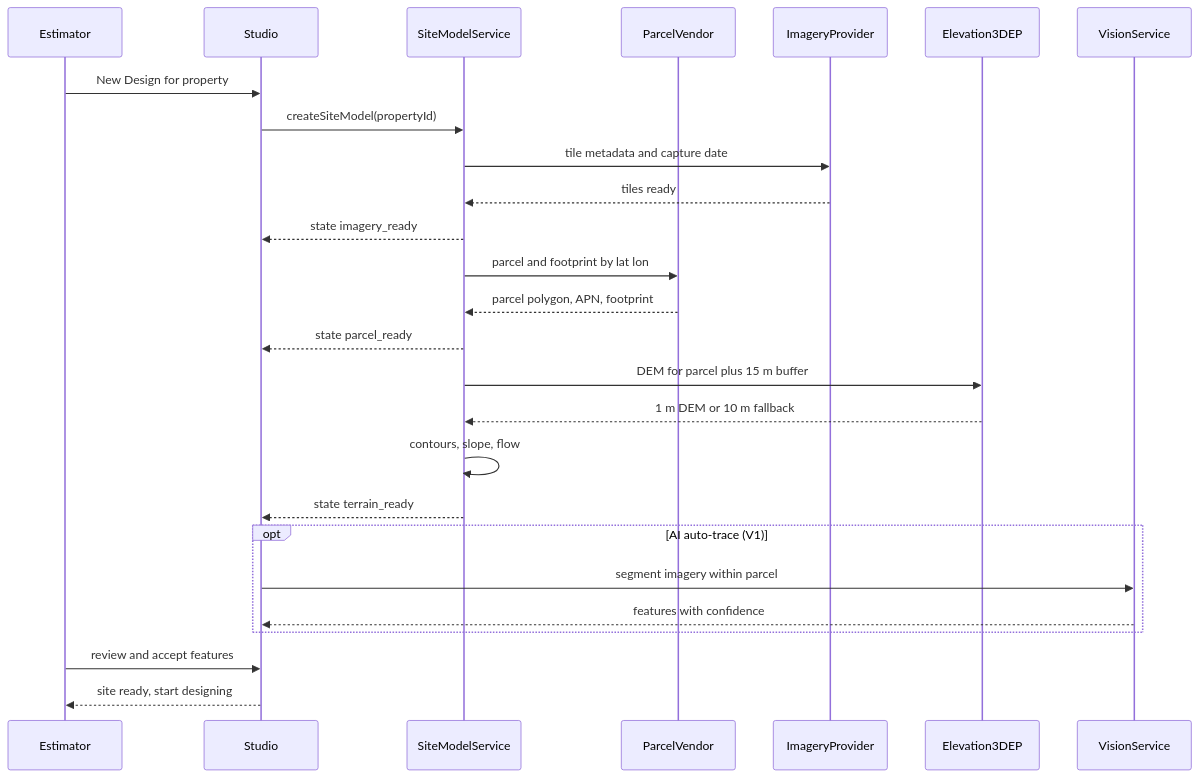
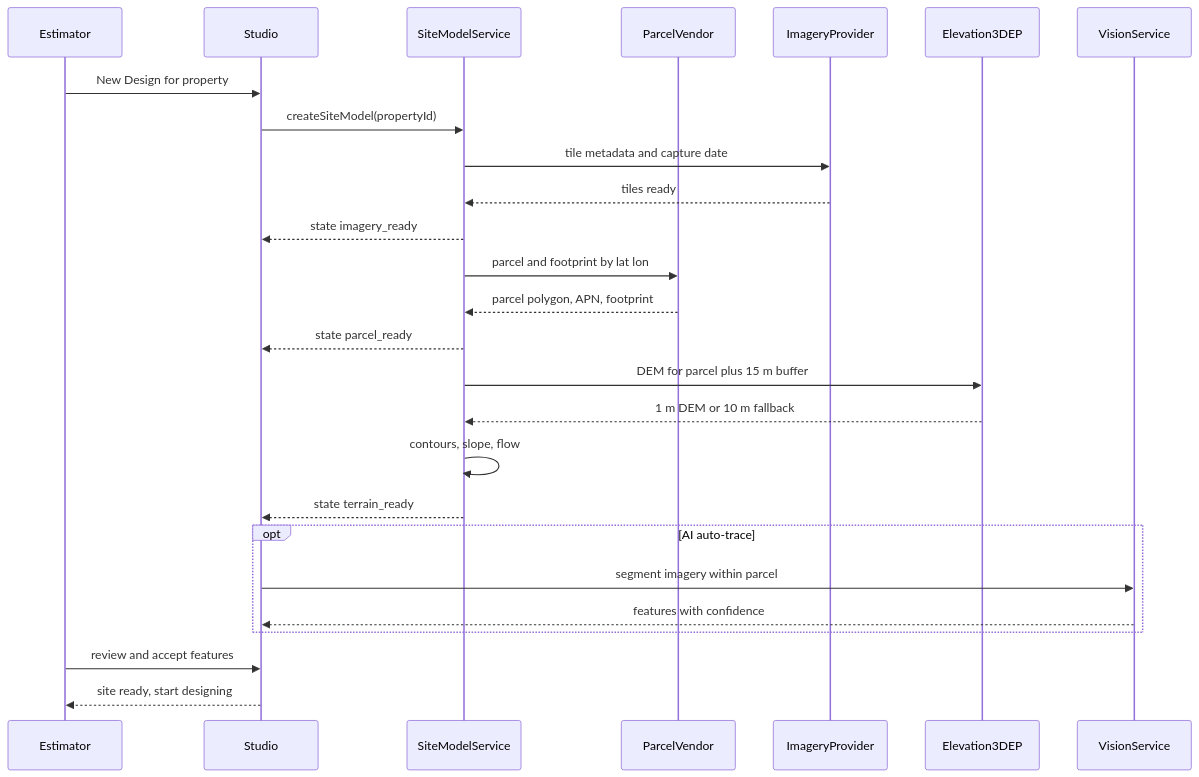
One commit to jdinard/landscape changed the first of 8 diagrams in docs/10-design-studio.md. Above: the diagram before and after it, drawn with Mermaid. The commit also changed other lines of this file and 33 other files, not shown here.

````diff
--- a/docs/10-design-studio.md
+++ b/docs/10-design-studio.md
@@ -663,28 +663,28 @@
 ```mermaid
 sequenceDiagram
     participant User as Estimator
     participant Studio
     participant SiteSvc as SiteModelService
     participant Parcel as ParcelVendor
     participant Imagery as ImageryProvider
     participant USGS as Elevation3DEP
     participant Vision as VisionService
     User->>Studio: New Design for property
     Studio->>SiteSvc: createSiteModel(propertyId)
     SiteSvc->>Imagery: tile metadata and capture date
     Imagery-->>SiteSvc: tiles ready
     SiteSvc-->>Studio: state imagery_ready
     SiteSvc->>Parcel: parcel and footprint by lat lon
     Parcel-->>SiteSvc: parcel polygon, APN, footprint
     SiteSvc-->>Studio: state parcel_ready
     SiteSvc->>USGS: DEM for parcel plus 15 m buffer
     USGS-->>SiteSvc: 1 m DEM or 10 m fallback
     SiteSvc->>SiteSvc: contours, slope, flow
     SiteSvc-->>Studio: state terrain_ready
-    opt AI auto-trace (V1)
+    opt AI auto-trace     
         Studio->>Vision: segment imagery within parcel
         Vision-->>Studio: features with confidence
     end
     User->>Studio: review and accept features
     Studio-->>User: site ready, start designing
 ```
````
